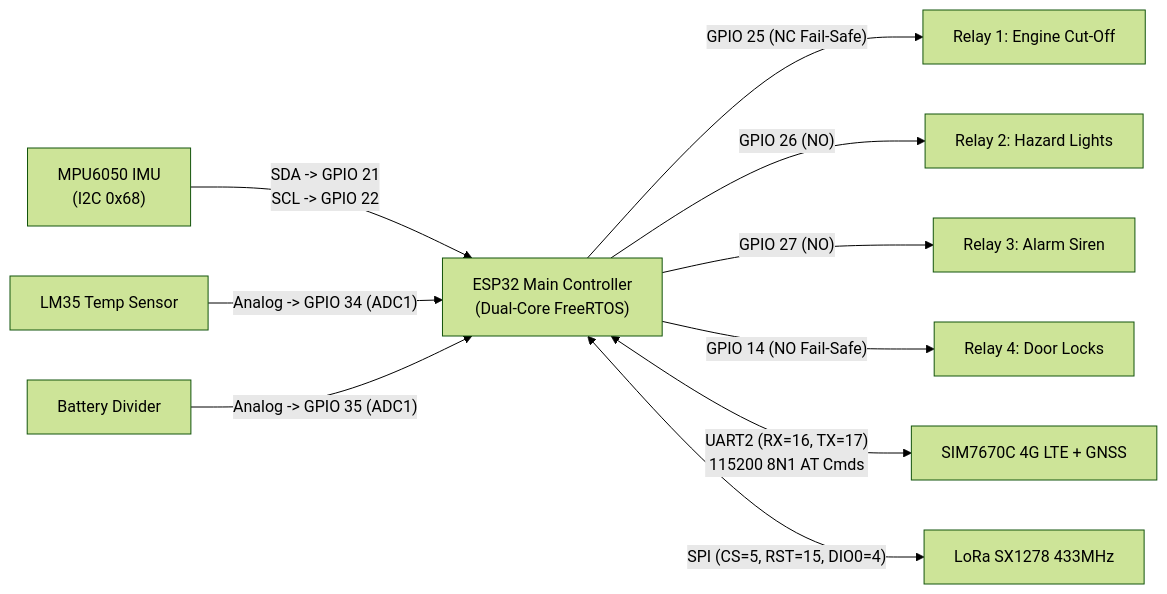
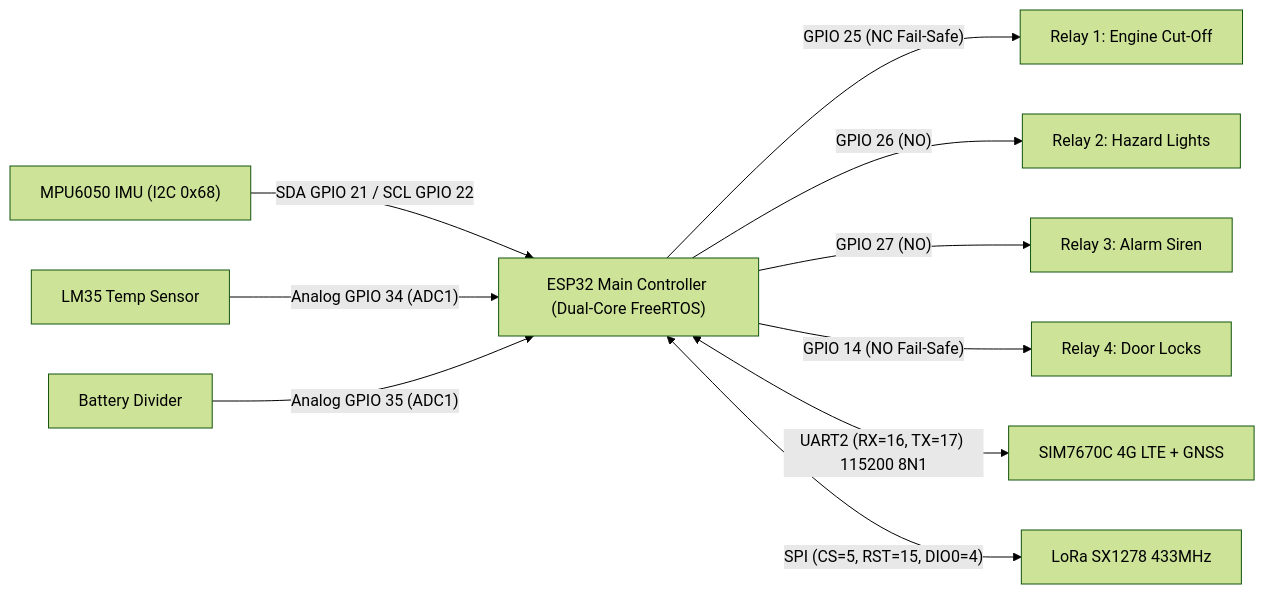
One commit to diptanshu270307-svg/Vehicle_telimetry_system changed the second of 2 diagrams in README.md. Above: the diagram before and after it, drawn with Mermaid (forest theme). The commit also changed other lines of this file and 6 other files, not shown here.

````diff
--- a/README.md
+++ b/README.md
@@ -82,14 +90,14 @@
 ```mermaid
 flowchart LR
-    MPU["MPU6050 IMU\n(I2C 0x68)"] -- "SDA -> GPIO 21\nSCL -> GPIO 22" --> ESP32["ESP32 Main Controller\n(Dual-Core FreeRTOS)"]
-    LM35["LM35 Temp Sensor"] -- "Analog -> GPIO 34 (ADC1)" --> ESP32
-    BATT["Battery Divider"] -- "Analog -> GPIO 35 (ADC1)" --> ESP32
+    MPU["MPU6050 IMU (I2C 0x68)"] -- "SDA GPIO 21 / SCL GPIO 22" --> ESP32["ESP32 Main Controller (Dual-Core FreeRTOS)"]
+    LM35["LM35 Temp Sensor"] -- "Analog GPIO 34 (ADC1)" --> ESP32
+    BATT["Battery Divider"] -- "Analog GPIO 35 (ADC1)" --> ESP32
 
     ESP32 -- "GPIO 25 (NC Fail-Safe)" --> R_ENG["Relay 1: Engine Cut-Off"]
     ESP32 -- "GPIO 26 (NO)" --> R_LGT["Relay 2: Hazard Lights"]
     ESP32 -- "GPIO 27 (NO)" --> R_SIR["Relay 3: Alarm Siren"]
     ESP32 -- "GPIO 14 (NO Fail-Safe)" --> R_LCK["Relay 4: Door Locks"]
 
-    ESP32 <-- "UART2 (RX=16, TX=17)\n115200 8N1 AT Cmds" --> SIM7670["SIM7670C 4G LTE + GNSS"]
+    ESP32 <-- "UART2 (RX=16, TX=17) 115200 8N1" --> SIM7670["SIM7670C 4G LTE + GNSS"]
     ESP32 <-- "SPI (CS=5, RST=15, DIO0=4)" --> LORA["LoRa SX1278 433MHz"]
 ```
````
